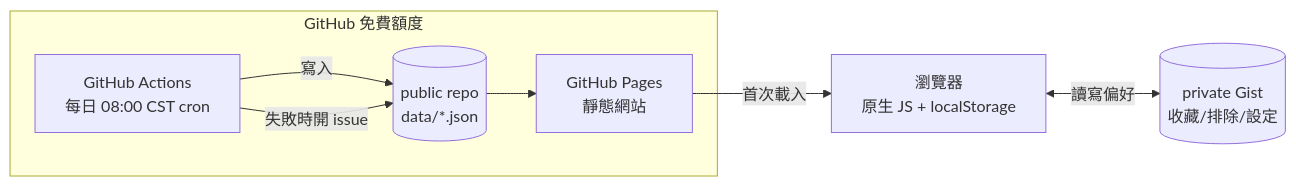
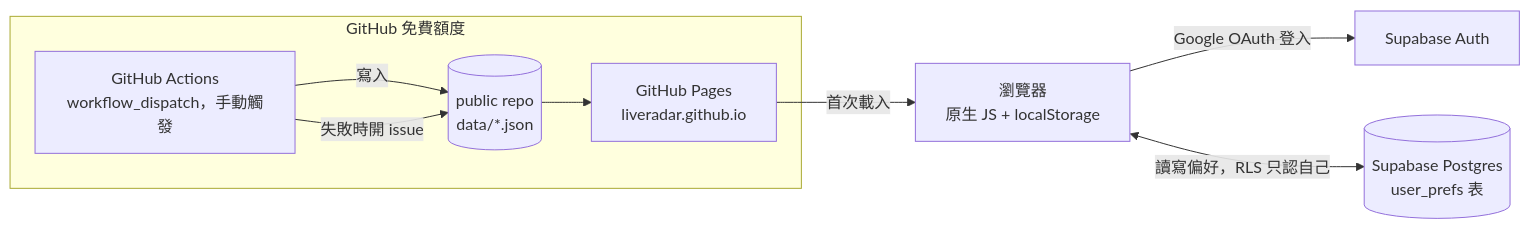
One commit to liveradar/liveradar.github.io changed the diagram in LIVERADAR-SPEC.md. Above: the diagram before and after it, drawn with Mermaid. The commit also changed other lines of this file and 1 other file, not shown here.

First line of the commit message:
更新 SPEC/SRS：把過時的 Gist 同步文件換成實際的 Supabase + Google 登入機制

````diff
--- a/LIVERADAR-SPEC.md
+++ b/LIVERADAR-SPEC.md
@@ -14,10 +14,11 @@
 ```mermaid
 flowchart LR
     subgraph GH[GitHub 免費額度]
-        ACT[GitHub Actions<br/>每日 08:00 CST cron] -->|寫入| REPO[(public repo<br/>data/*.json)]
-        REPO --> PAGES[GitHub Pages<br/>靜態網站]
+        ACT[GitHub Actions<br/>workflow_dispatch，手動觸發] -->|寫入| REPO[(public repo<br/>data/*.json)]
+        REPO --> PAGES[GitHub Pages<br/>liveradar.github.io]
     end
     PAGES -->|首次載入| BROWSER[瀏覽器<br/>原生 JS + localStorage]
-    BROWSER <-->|讀寫偏好| GIST[(private Gist<br/>收藏/排除/設定)]
+    BROWSER -->|Google OAuth 登入| SUPA_AUTH[Supabase Auth]
+    BROWSER <-->|讀寫偏好，RLS 只認自己| SUPA_DB[(Supabase Postgres<br/>user_prefs 表)]
     ACT -->|失敗時開 issue| REPO
 ```
````
